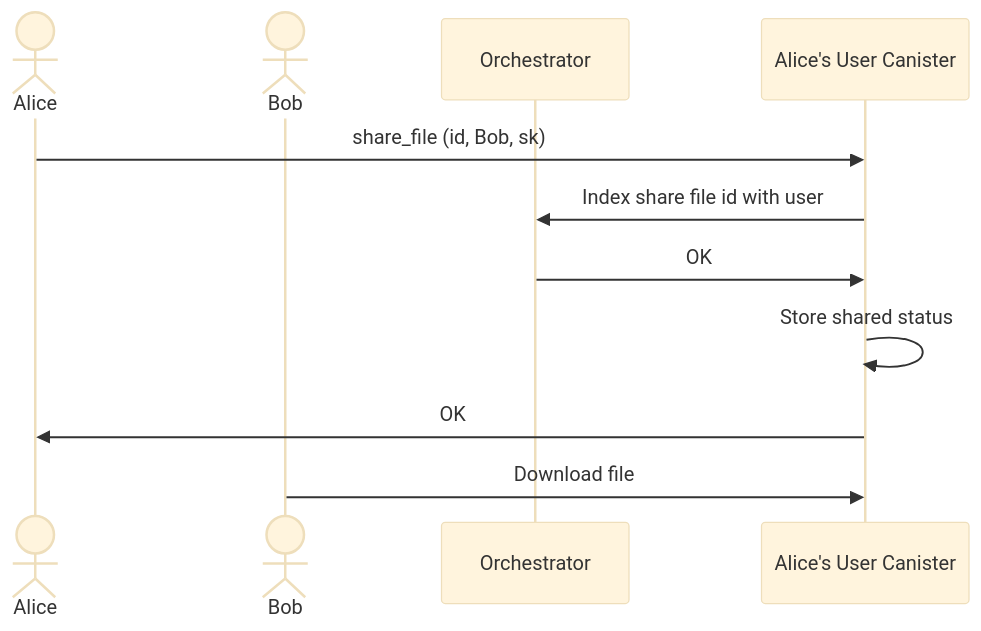
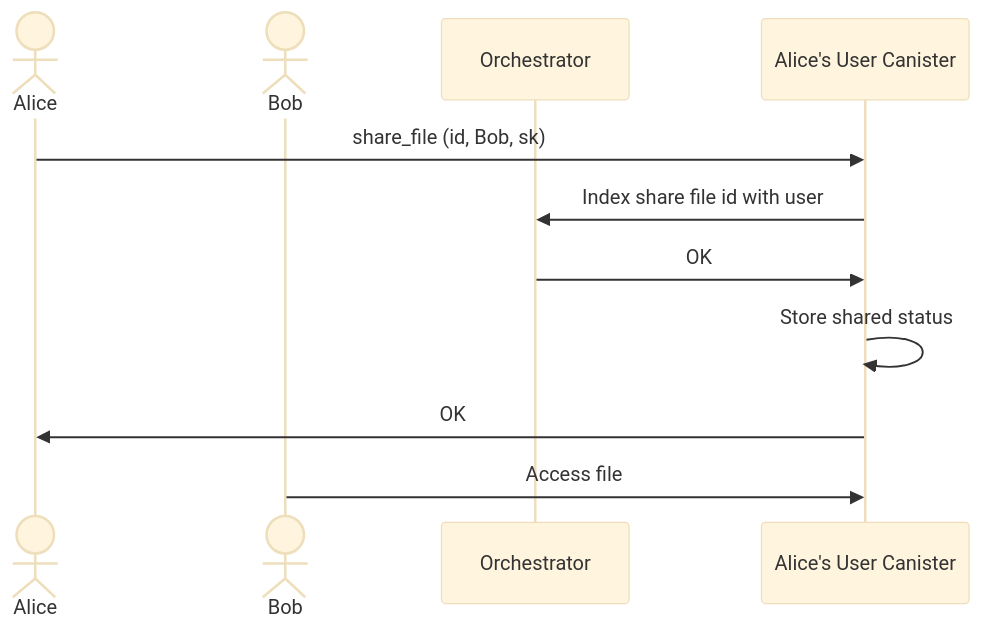
Before and after one commit to icp-hub-it/ic-docutrack: the sixth of 8 diagrams in docs/flows.md, drawn with Mermaid (base theme).

````diff
--- a/docs/flows.md
+++ b/docs/flows.md
@@ -86,14 +86,14 @@
 ```mermaid
 sequenceDiagram
     actor A as Alice
     actor B as Bob
     participant O as Orchestrator
     participant UC as Alice's User Canister
     A->>UC: share_file (id, Bob, sk)
     UC->>O: Index share file id with user
     O->>UC: OK
     UC->>UC: Store shared status
     UC->>A: OK
-    B->>UC: Download file
+    B->>UC: Access file
 
 ```
````
